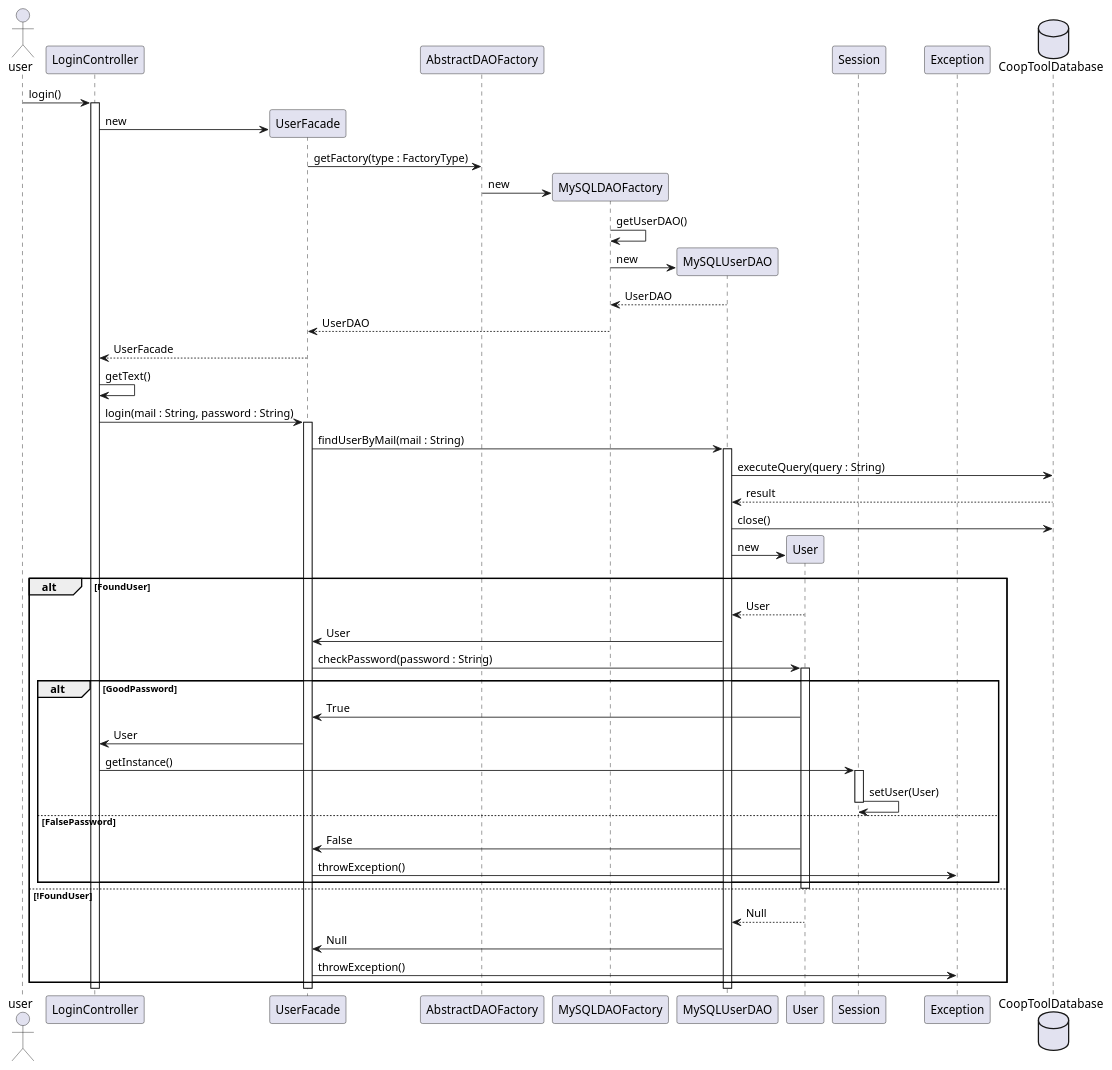
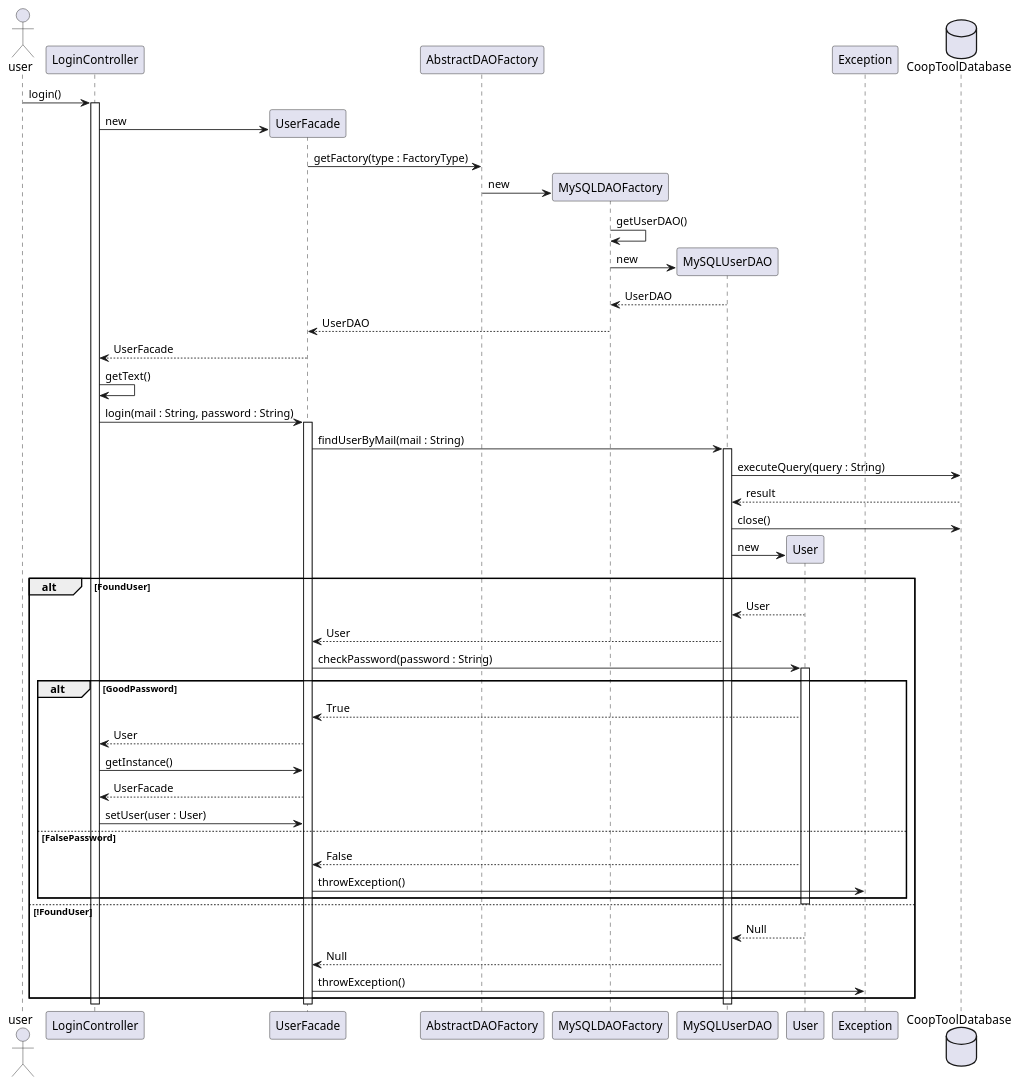
Before and after one commit to Guillaume-Dufour/coopToolProject: the diagram in ext/sequenceDiag/loginDiagram.puml, drawn with PlantUML.

Commit message:
Modification diagramme de séquences

```diff
--- a/ext/sequenceDiag/loginDiagram.puml
+++ b/ext/sequenceDiag/loginDiagram.puml
@@ -1,62 +1,60 @@
 @startuml
 
 actor user
 participant LoginController
 participant UserFacade
 participant AbstractDAOFactory
 participant MySQLDAOFactory
 participant MySQLUserDAO
 participant User
-participant Session
 participant Exception
 database CoopToolDatabase
 user -> LoginController : login()
 activate LoginController
 create UserFacade
 LoginController -> UserFacade  : new
 UserFacade -> AbstractDAOFactory : getFactory(type : FactoryType)
 create MySQLDAOFactory
 AbstractDAOFactory -> MySQLDAOFactory : new
 MySQLDAOFactory -> MySQLDAOFactory : getUserDAO()
 create MySQLUserDAO
 MySQLDAOFactory -> MySQLUserDAO : new
 MySQLUserDAO --> MySQLDAOFactory : UserDAO
 MySQLDAOFactory --> UserFacade : UserDAO
 UserFacade --> LoginController : UserFacade
 LoginController -> LoginController : getText()
 LoginController -> UserFacade : login(mail : String, password : String)
 activate UserFacade
 UserFacade -> MySQLUserDAO : findUserByMail(mail : String)
 activate MySQLUserDAO
 MySQLUserDAO -> CoopToolDatabase : executeQuery(query : String)
 CoopToolDatabase --> MySQLUserDAO : result
 MySQLUserDAO -> CoopToolDatabase : close()
 create User
 MySQLUserDAO -> User : new
 alt FoundUser
 User --> MySQLUserDAO : User
-MySQLUserDAO -> UserFacade : User
+MySQLUserDAO --> UserFacade : User
 UserFacade -> User : checkPassword(password : String)
 activate User
 alt GoodPassword
-User -> UserFacade : True
-UserFacade -> LoginController : User
-LoginController -> Session : getInstance()
-activate Session
-Session -> Session : setUser(User)
-deactivate Session
+User --> UserFacade : True
+UserFacade --> LoginController : User
+LoginController -> UserFacade : getInstance()
+UserFacade --> LoginController : UserFacade
+LoginController -> UserFacade : setUser(user : User)
 else FalsePassword
-User -> UserFacade : False
+User --> UserFacade : False
 UserFacade -> Exception : throwException()
 end
 deactivate User
 else !FoundUser
 User --> MySQLUserDAO : Null
-MySQLUserDAO -> UserFacade : Null
+MySQLUserDAO --> UserFacade : Null
 UserFacade -> Exception : throwException()
 end
 deactivate LoginController
 deactivate UserFacade
 deactivate MySQLUserDAO
 
 @enduml
```
